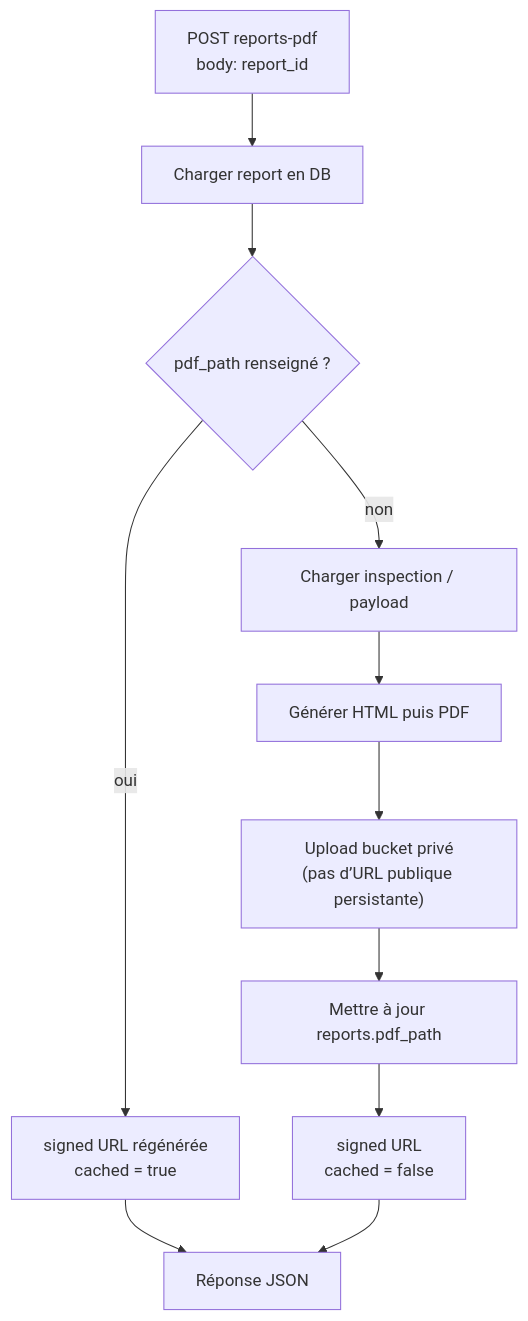
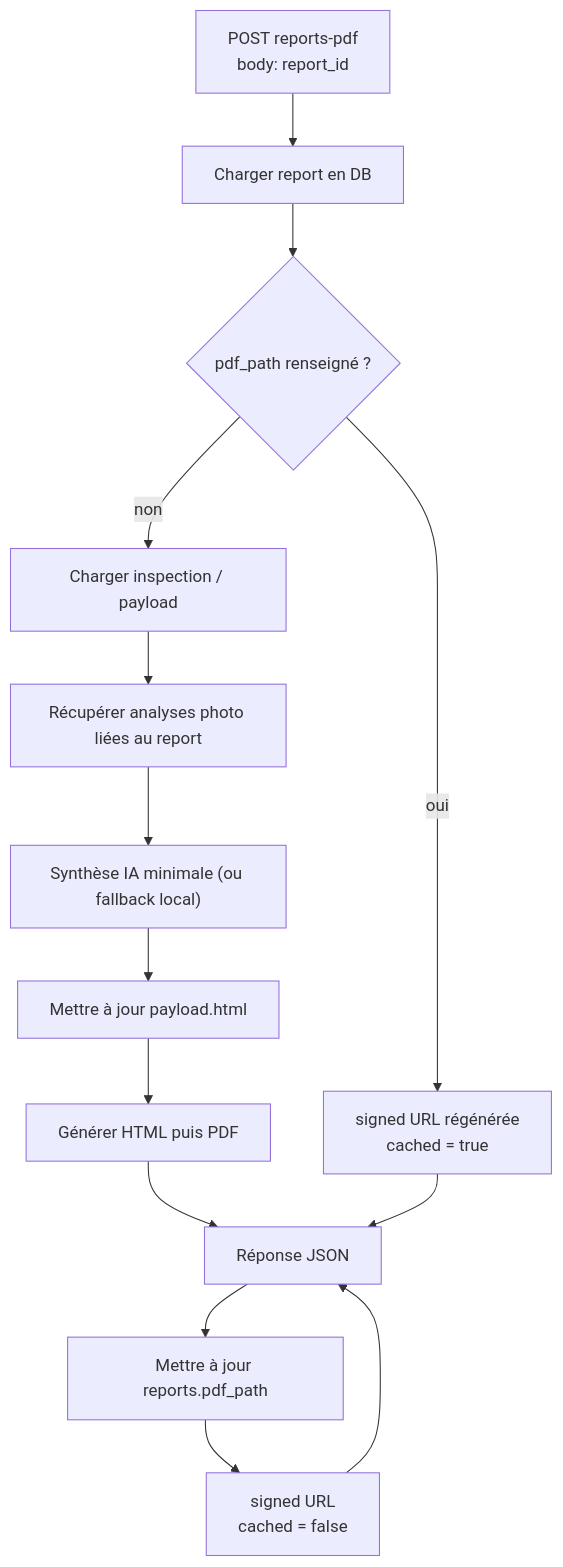
One commit to noemieange13/inspectflow-app changed the diagram in docs/reports-pdf-pipeline.md. Above: the diagram before and after it, drawn with Mermaid. The commit also changed other lines of this file and 48 other files, not shown here.

````diff
--- a/docs/reports-pdf-pipeline.md
+++ b/docs/reports-pdf-pipeline.md
@@ -49,13 +72,16 @@
 ```mermaid
 flowchart TD
   A["POST reports-pdf\nbody: report_id"] --> B["Charger report en DB"]
   B --> C{pdf_path renseigné ?}
   C -->|oui| D["signed URL régénérée\ncached = true"]
   C -->|non| E["Charger inspection / payload"]
-  E --> F["Générer HTML puis PDF"]
-  F --> G["Upload bucket privé\n(pas d’URL publique persistante)"]
-  G --> H["Mettre à jour reports.pdf_path"]
-  H --> I["signed URL\ncached = false"]
+  E --> F["Récupérer analyses photo liées au report"]
+  F --> G["Synthèse IA minimale (ou fallback local)"]
+  G --> H["Mettre à jour payload.html"]
+  H --> I["Générer HTML puis PDF"]
+  I --> J["Upload bucket privé\n(pas d’URL publique persistante)"]
+  J --> K["Mettre à jour reports.pdf_path"]
+  K --> L["signed URL\ncached = false"]
   D --> J["Réponse JSON"]
-  I --> J
+  L --> J
 ```
````
